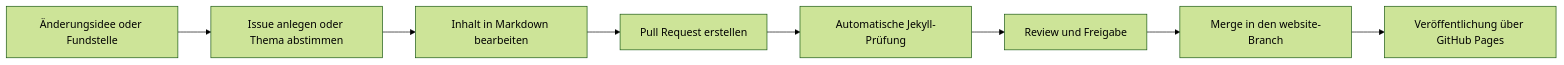
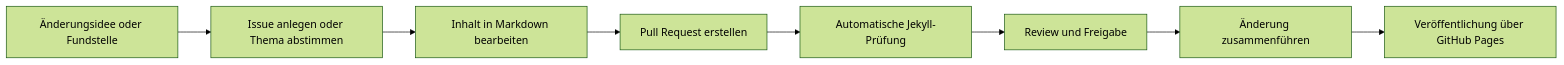
The diagram in README.md (Schachverein-Dresden-Striesen/Schachverein-Dresden-Striesen.github.io), drawn with Mermaid (forest theme) before and after one commit. The commit also changed other lines of this file, not shown here.

Commit message:
README-Workflow sprachlich präzisieren

````diff
--- a/README.md
+++ b/README.md
@@ -35,10 +35,10 @@
 ```mermaid
 flowchart LR
     A[Änderungsidee oder Fundstelle] --> B[Issue anlegen oder Thema abstimmen]
     B --> C[Inhalt in Markdown bearbeiten]
     C --> D[Pull Request erstellen]
     D --> E[Automatische Jekyll-Prüfung]
     E --> F[Review und Freigabe]
-    F --> G[Merge in den website-Branch]
+    F --> G[Änderung zusammenführen]
     G --> H[Veröffentlichung über GitHub Pages]
 ```
````
